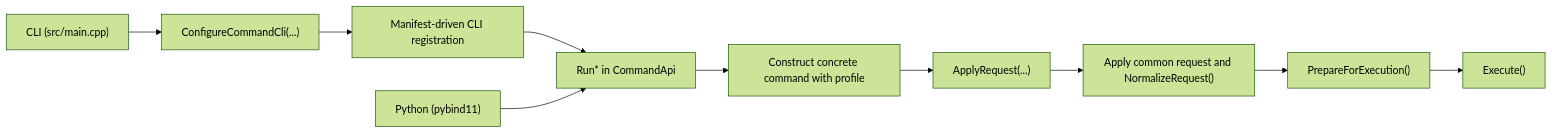
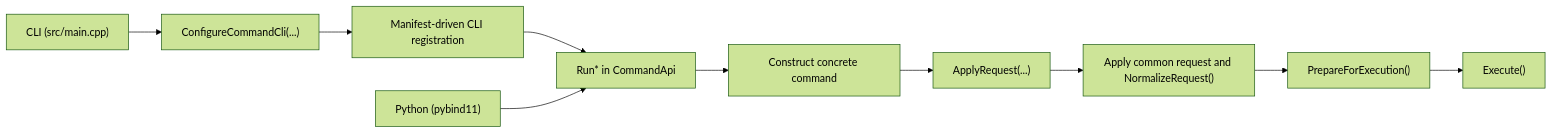
One commit to yslianTim/rhbm_gem changed the diagram in docs/developer/architecture/command-architecture.md. Above: the diagram before and after it, drawn with Mermaid (forest theme). The commit also changed other lines of this file and 45 other files, not shown here.

Commit message:
Remove Profile setting in command system

````diff
--- a/docs/developer/architecture/command-architecture.md
+++ b/docs/developer/architecture/command-architecture.md
@@ -55,14 +55,14 @@
 ```mermaid
 flowchart LR
     A["CLI (src/main.cpp)"] --> B["ConfigureCommandCli(...)"]
     B --> C["Manifest-driven CLI registration"]
     C --> D["Run* in CommandApi"]
 
     E["Python (pybind11)"] --> D
 
-    D --> F["Construct concrete command with profile"]
+    D --> F["Construct concrete command"]
     F --> G["ApplyRequest(...)"]
     G --> H["Apply common request and NormalizeRequest()"]
     H --> I["PrepareForExecution()"]
     I --> J["Execute()"]
 ```
````
